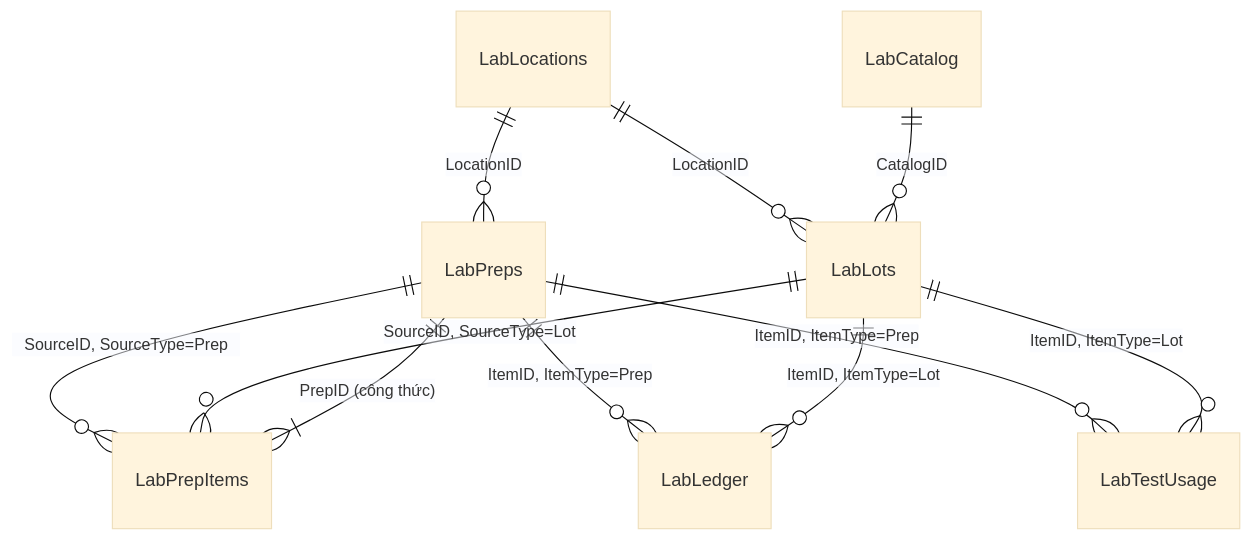
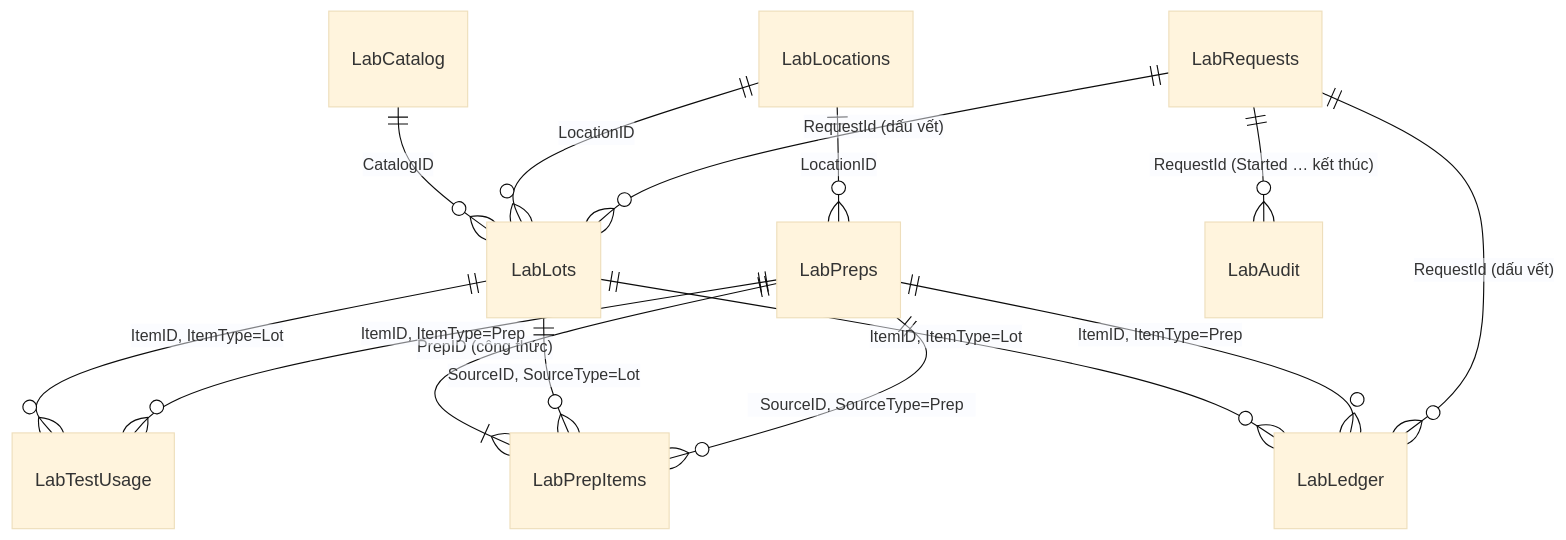
One commit to triducno102-pixel/QA-ChemPreparation changed the diagram in docs/02-Mo-hinh-du-lieu.md. Above: the diagram before and after it, drawn with Mermaid (base theme). The commit also changed other lines of this file and 15 other files, not shown here.

````diff
--- a/docs/02-Mo-hinh-du-lieu.md
+++ b/docs/02-Mo-hinh-du-lieu.md
@@ -18,13 +19,16 @@
 ```mermaid
 erDiagram
     LabCatalog  ||--o{ LabLots       : "CatalogID"
     LabLocations||--o{ LabLots       : "LocationID"
     LabLocations||--o{ LabPreps      : "LocationID"
     LabPreps    ||--|{ LabPrepItems  : "PrepID (công thức)"
     LabLots     ||--o{ LabPrepItems  : "SourceID, SourceType=Lot"
     LabPreps    ||--o{ LabPrepItems  : "SourceID, SourceType=Prep"
     LabLots     ||--o{ LabLedger     : "ItemID, ItemType=Lot"
     LabPreps    ||--o{ LabLedger     : "ItemID, ItemType=Prep"
     LabLots     ||--o{ LabTestUsage  : "ItemID, ItemType=Lot"
     LabPreps    ||--o{ LabTestUsage  : "ItemID, ItemType=Prep"
+    LabRequests ||--o{ LabAudit      : "RequestId (Started … kết thúc)"
+    LabRequests ||--o{ LabLedger     : "RequestId (dấu vết)"
+    LabRequests ||--o{ LabLots       : "RequestId (dấu vết)"
 ```
````
